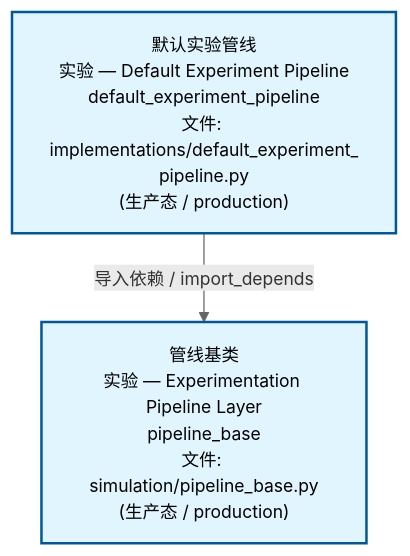
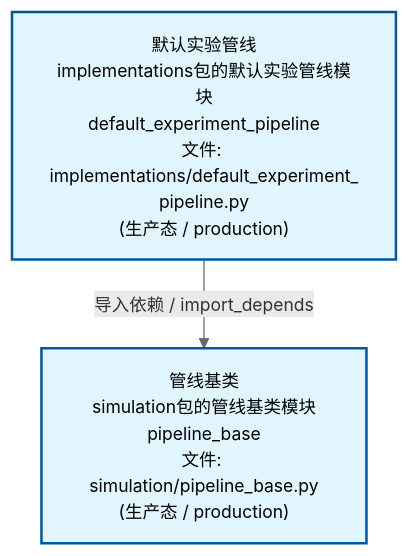
Before and after one commit to xuanFelixVan/ZephyrAlpha: the second of 4 diagrams in docs/02_enterprise_architecture/02_domain_architecture_docs/70_d_simulation.md, drawn with Mermaid. The commit also changed other lines of this file and 58 other files, not shown here.

````diff
--- a/docs/02_enterprise_architecture/02_domain_architecture_docs/70_d_simulation.md
+++ b/docs/02_enterprise_architecture/02_domain_architecture_docs/70_d_simulation.md
@@ -95,12 +95,12 @@
 ```mermaid
 %%{init: {'theme': 'base', 'themeVariables': {'primaryColor': '#eaeaea', 'primaryTextColor': '#333333', 'primaryBorderColor': '#666666', 'lineColor': '#666666', 'secondaryColor': '#eaeaea', 'tertiaryColor': '#eaeaea', 'fontSize': '14px'}}}%%
 flowchart TD
-    src_zephyr_simulation_implementations_default_experiment_pipeline_py["默认实验管线<br/>实验 — Default Experiment Pipeline<br/>default_experiment_pipeline<br/>文件: implementations/default_experiment_<br/>pipeline.py<br/>(生产态 / production)"]
-    src_zephyr_simulation_pipeline_base_py["管线基类<br/>实验 — Experimentation Pipeline Layer<br/>pipeline_base<br/>文件: simulation/pipeline_base.py<br/>(生产态 / production)"]
+    src_zephyr_simulation_implementations_default_experiment_pipeline_py["默认实验管线<br/>implementations包的默认实验管线模块<br/>default_experiment_pipeline<br/>文件: implementations/default_experiment_<br/>pipeline.py<br/>(生产态 / production)"]
+    src_zephyr_simulation_pipeline_base_py["管线基类<br/>simulation包的管线基类模块<br/>pipeline_base<br/>文件: simulation/pipeline_base.py<br/>(生产态 / production)"]
     src_zephyr_simulation_implementations_default_experiment_pipeline_py -->|导入依赖 / import_depends| src_zephyr_simulation_pipeline_base_py
     classDef production fill:#e1f5fe,stroke:#01579b,stroke-width:2px,color:#000
     classDef design fill:#fff3e0,stroke:#e65100,stroke-width:2px,color:#000,stroke-dasharray: 5 5
     classDef external_prod fill:#e8f4fd,stroke:#0277bd,stroke-width:1px,color:#000
     classDef external_design fill:#fff8e7,stroke:#ef6c00,stroke-width:1px,color:#000,stroke-dasharray: 5 5
     class src_zephyr_simulation_implementations_default_experiment_pipeline_py,src_zephyr_simulation_pipeline_base_py production
 ```
````
